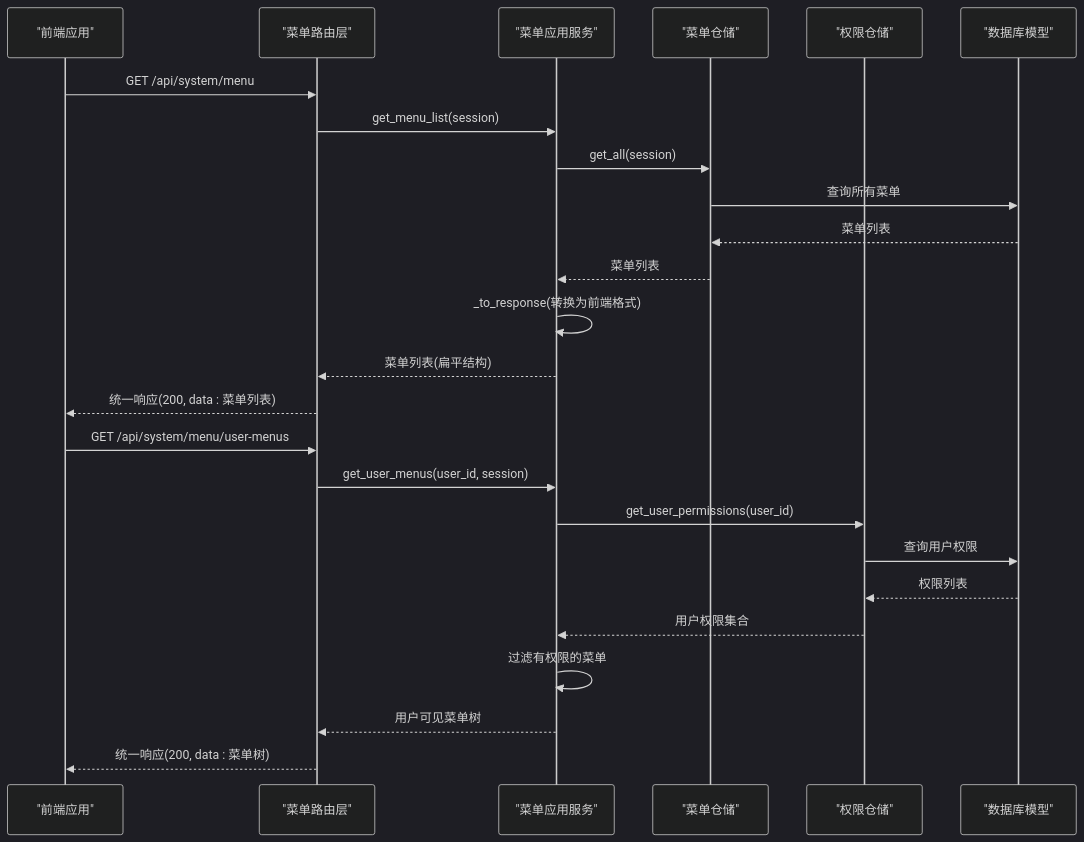
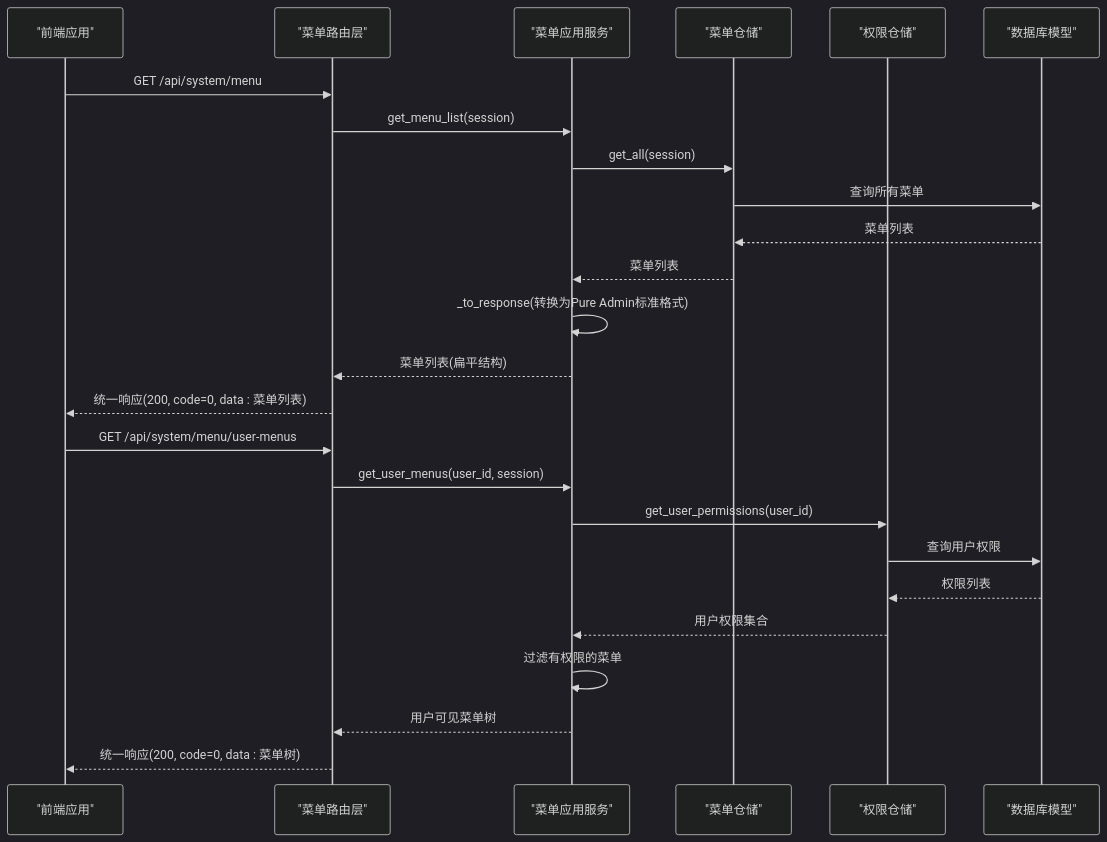
The second of 6 diagrams in .qoder/repowiki/zh/content/API 接口文档/菜单管理接口.md (taoweidong/Hello-FastApi), drawn with Mermaid (dark theme) before and after one commit. The commit also changed other lines of this file and 11 other files, not shown here.

````diff
--- a/.qoder/repowiki/zh/content/API 接口文档/菜单管理接口.md
+++ b/.qoder/repowiki/zh/content/API 接口文档/菜单管理接口.md
@@ -154,27 +135,27 @@
 ```mermaid
 sequenceDiagram
 participant FE as "前端应用"
 participant API as "菜单路由层"
 participant SVC as "菜单应用服务"
 participant REP as "菜单仓储"
 participant PERM as "权限仓储"
 participant DB as "数据库模型"
 FE->>API : GET /api/system/menu
 API->>SVC : get_menu_list(session)
 SVC->>REP : get_all(session)
 REP->>DB : 查询所有菜单
 DB-->>REP : 菜单列表
 REP-->>SVC : 菜单列表
-SVC->>SVC : _to_response(转换为前端格式)
+SVC->>SVC : _to_response(转换为Pure Admin标准格式)
 SVC-->>API : 菜单列表(扁平结构)
-API-->>FE : 统一响应(200, data : 菜单列表)
+API-->>FE : 统一响应(200, code=0, data : 菜单列表)
 FE->>API : GET /api/system/menu/user-menus
 API->>SVC : get_user_menus(user_id, session)
 SVC->>PERM : get_user_permissions(user_id)
 PERM->>DB : 查询用户权限
 DB-->>PERM : 权限列表
 PERM-->>SVC : 用户权限集合
 SVC->>SVC : 过滤有权限的菜单
 SVC-->>API : 用户可见菜单树
-API-->>FE : 统一响应(200, data : 菜单树)
+API-->>FE : 统一响应(200, code=0, data : 菜单树)
 ```
````
